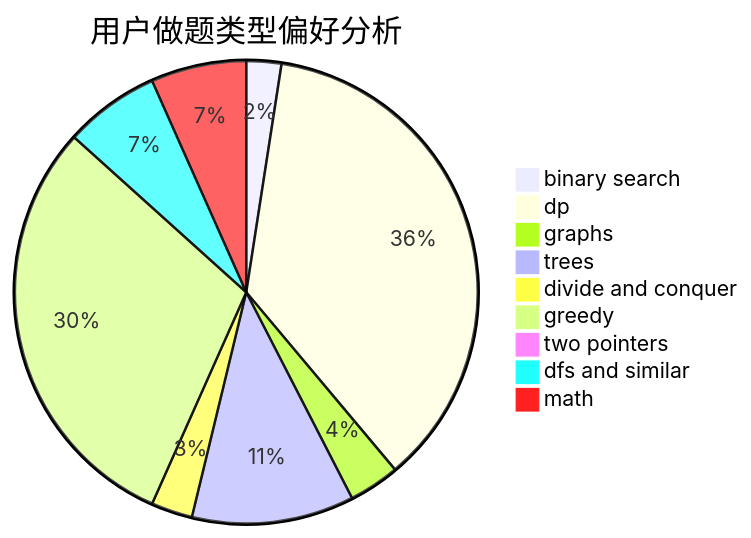
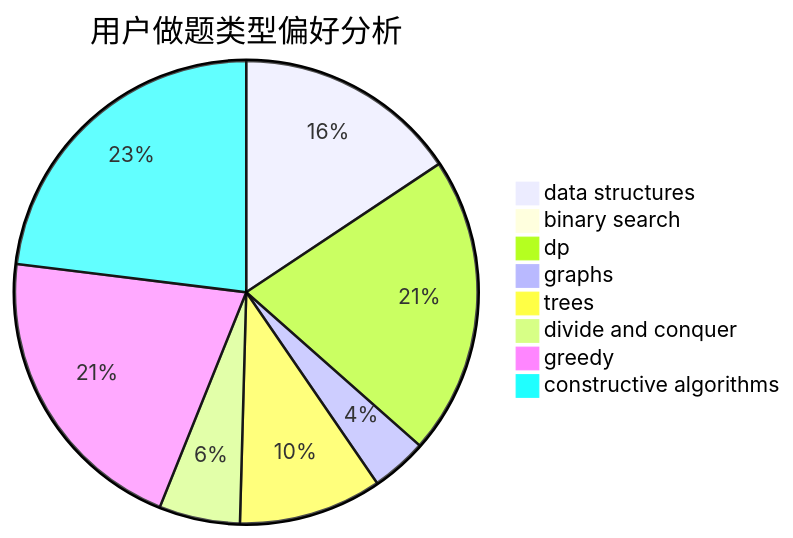
The second of 3 diagrams in docs/user/u2709.md (sherpahu/cfrs.github.io), drawn with Mermaid before and after one commit. The commit also changed other lines of this file and 2775 other files, not shown here.

````diff
--- a/docs/user/u2709.md
+++ b/docs/user/u2709.md
@@ -23,12 +23,11 @@
 ```mermaid
 pie title 用户做题类型偏好分析
-    "binary search" :  11
-    "dp" :  164
-    "graphs" :  16
-    "trees" :  51
+    "data structures" :  36
+    "binary search" :  0
+    "dp" :  48
+    "graphs" :  9
+    "trees" :  23
     "divide and conquer" :  13
-    "greedy" :  135
-    "two pointers" :  3
-    "dfs and similar" :  30
-    "math" :  30
+    "greedy" :  48
+    "constructive algorithms" :  53
 ```
````
